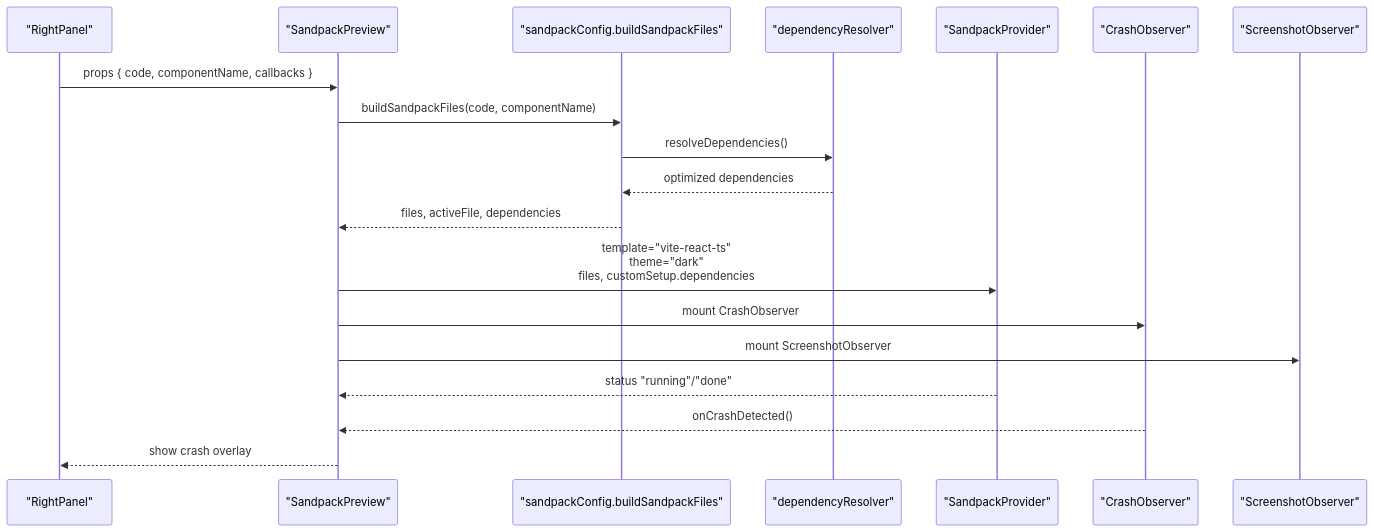
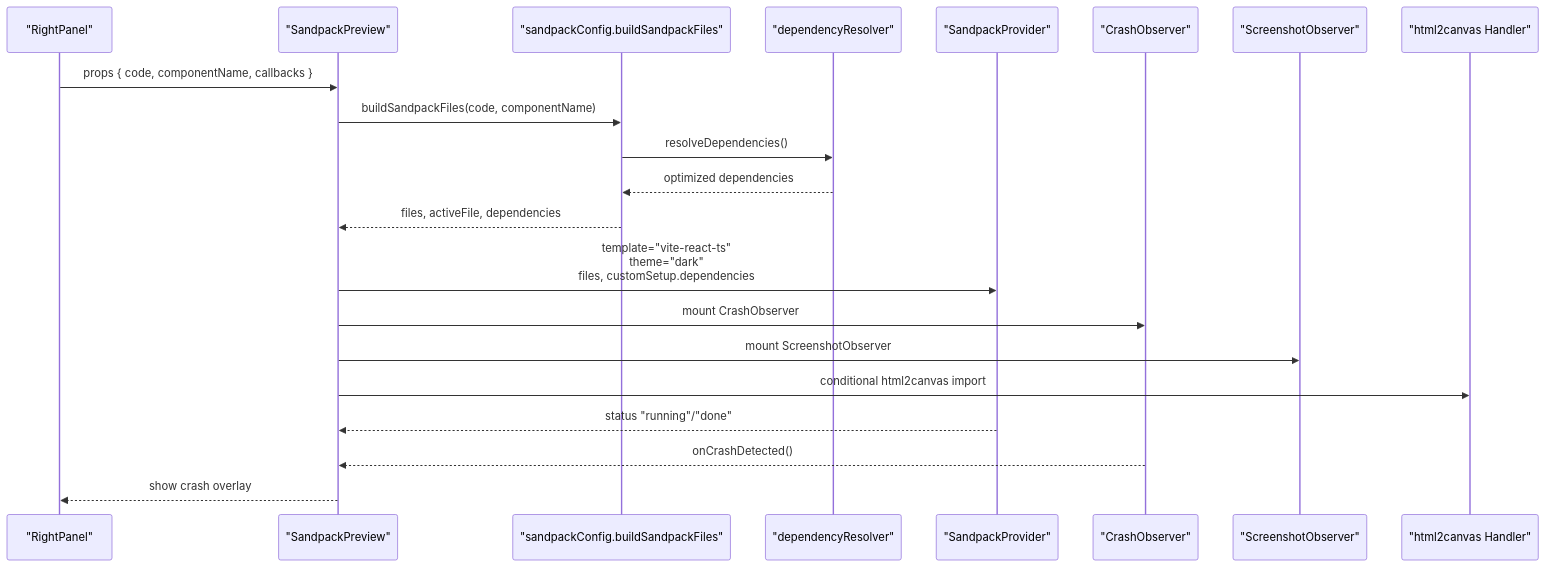
One commit to shekhargiri005-dotcom/AI-powered-accessibility-first-UI-engine changed the second of 9 diagrams in .qoder/repowiki/en/content/Live Preview & Development Tools/Sandpack Integration.md. Above: the diagram before and after it, drawn with Mermaid. The commit also changed other lines of this file and 10 other files, not shown here.

````diff
--- a/.qoder/repowiki/en/content/Live Preview & Development Tools/Sandpack Integration.md
+++ b/.qoder/repowiki/en/content/Live Preview & Development Tools/Sandpack Integration.md
@@ -115,21 +121,23 @@
 ```mermaid
 sequenceDiagram
 participant Panel as "RightPanel"
 participant Preview as "SandpackPreview"
 participant Config as "sandpackConfig.buildSandpackFiles"
 participant Resolver as "dependencyResolver"
 participant Sandpack as "SandpackProvider"
 participant CrashObs as "CrashObserver"
 participant ScreenshotObs as "ScreenshotObserver"
+participant HC as "html2canvas Handler"
 Panel->>Preview : props { code, componentName, callbacks }
 Preview->>Config : buildSandpackFiles(code, componentName)
 Config->>Resolver : resolveDependencies()
 Resolver-->>Config : optimized dependencies
 Config-->>Preview : files, activeFile, dependencies
 Preview->>Sandpack : template="vite-react-ts"<br/>theme="dark"<br/>files, customSetup.dependencies
 Preview->>CrashObs : mount CrashObserver
 Preview->>ScreenshotObs : mount ScreenshotObserver
+Preview->>HC : conditional html2canvas import
 Sandpack-->>Preview : status "running"/"done"
 CrashObs-->>Preview : onCrashDetected()
 Preview-->>Panel : show crash overlay
 ```
````
